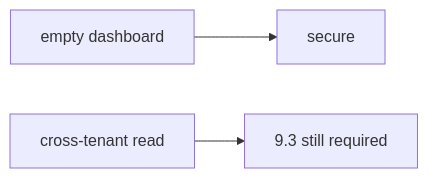
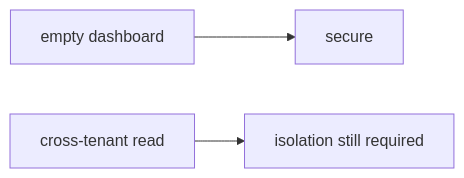
The second of 2 diagrams in content/modules/9/9.4/lessons/01-property.md (ishitvagoel/LearnSecurity), drawn with Mermaid before and after one commit. The commit also changed other lines of this file and 39 other files, not shown here.

````diff
--- a/content/modules/9/9.4/lessons/01-property.md
+++ b/content/modules/9/9.4/lessons/01-property.md
@@ -29,5 +30,5 @@
 ```mermaid
 flowchart LR
   Dash[empty dashboard] --> Belief[secure]
-  Authz[cross-tenant read] --> Reality["9.3 still required"]
+  Authz[cross-tenant read] --> Reality[isolation still required]
 ```
````
